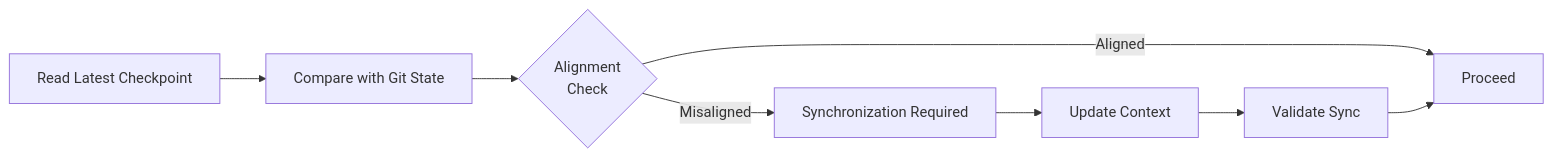
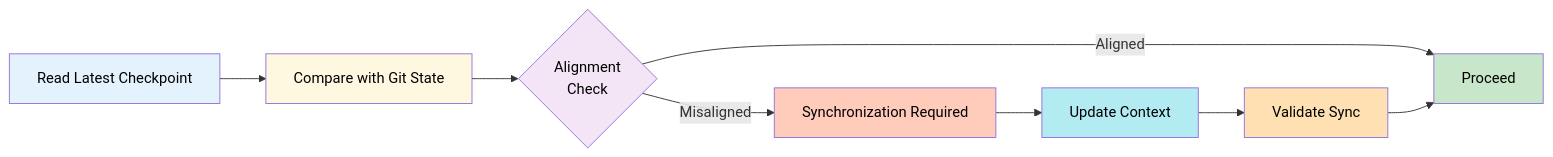
One commit to bprzybys-nc/ctx-eng-plus changed the third of 17 diagrams in docs/06-workflow-patterns.md. Above: the diagram before and after it, drawn with Mermaid. The commit also changed other lines of this file and 8 other files, not shown here.

````diff
--- a/docs/06-workflow-patterns.md
+++ b/docs/06-workflow-patterns.md
@@ -189,10 +235,18 @@
 ```mermaid
 graph LR
     A["Read Latest Checkpoint"] --> B["Compare with Git State"]
     B --> C{"Alignment<br/>Check"}
     C -->|Aligned| D["Proceed"]
     C -->|Misaligned| E["Synchronization Required"]
     E --> F["Update Context"]
     F --> G["Validate Sync"]
     G --> D
+
+    style A fill:#e3f2fd,color:#000
+    style B fill:#fff8e1,color:#000
+    style C fill:#f3e5f5,color:#000
+    style D fill:#c8e6c9,color:#000
+    style E fill:#ffccbc,color:#000
+    style F fill:#b2ebf2,color:#000
+    style G fill:#ffe0b2,color:#000
 ```
````
